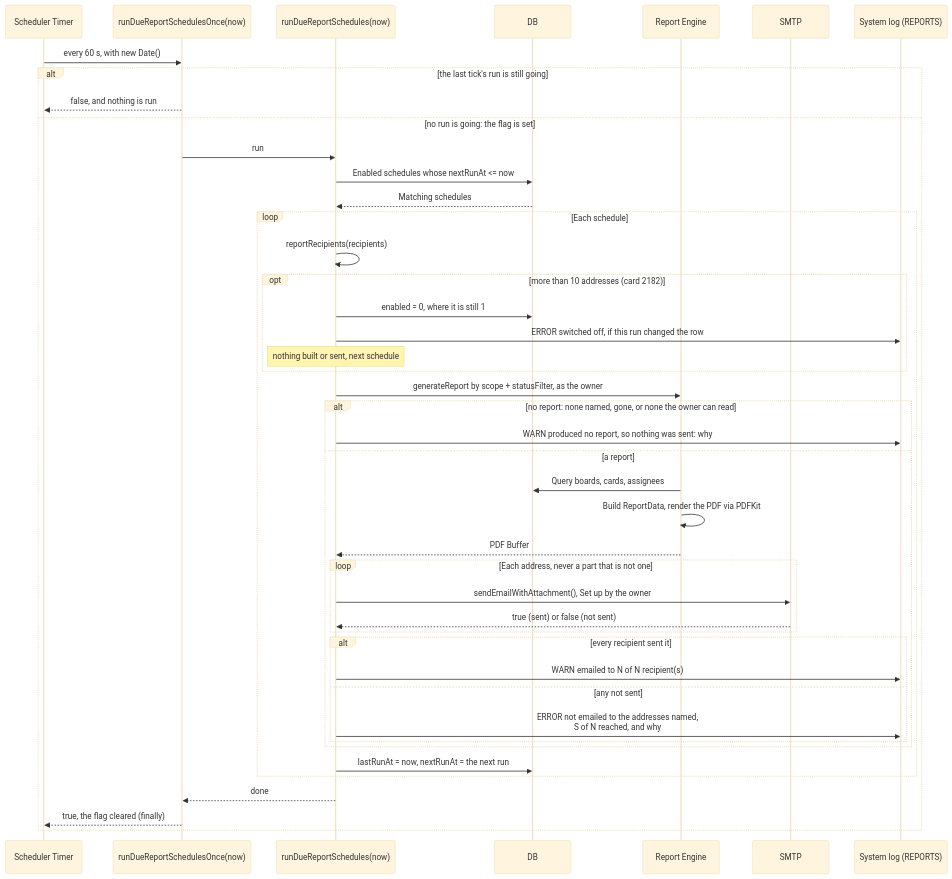
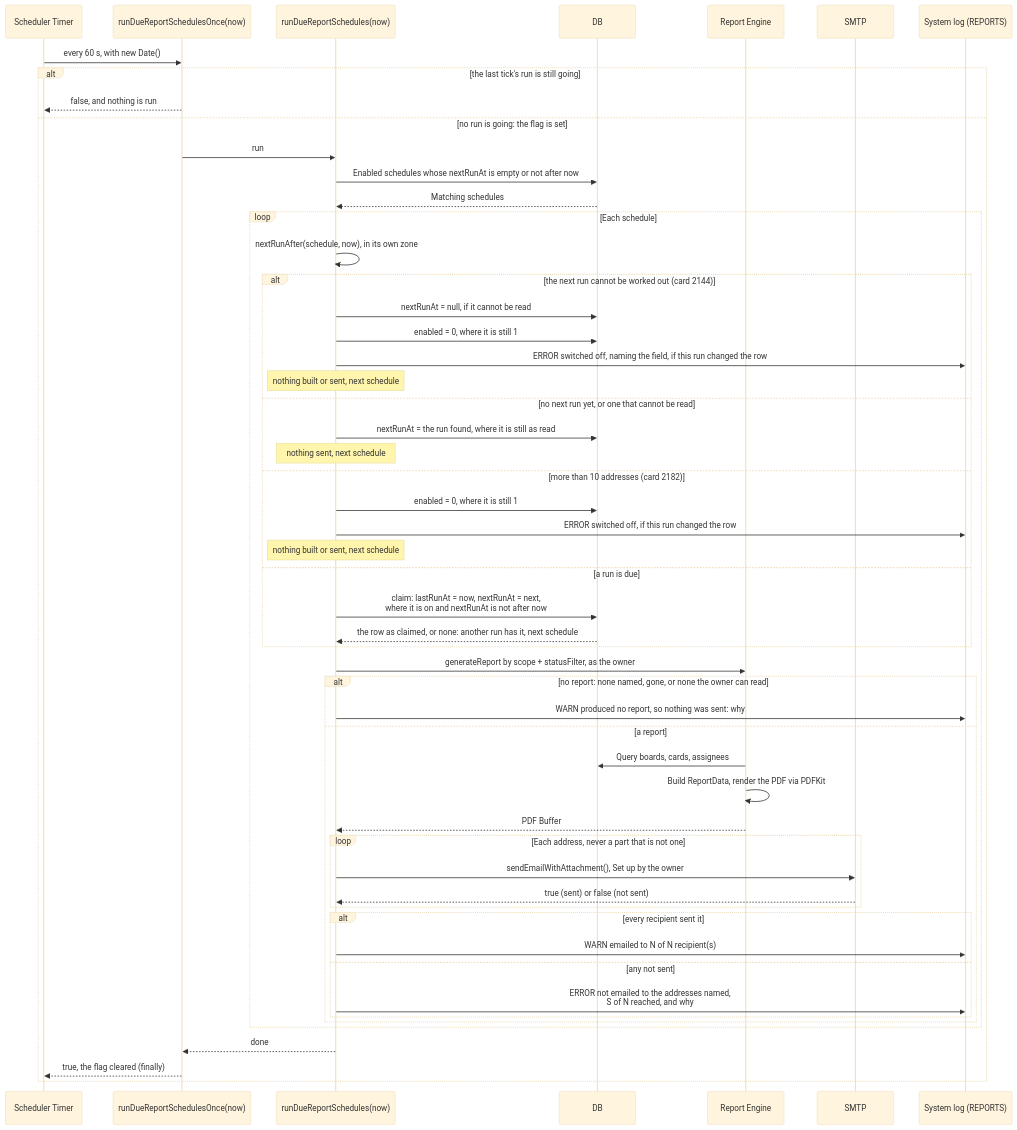
One commit to gitBoon/DumpFire changed the tenth of 10 diagrams in docs/backup-reporting.md. Above: the diagram before and after it, drawn with Mermaid (base theme). The commit also changed other lines of this file and 24 other files, not shown here.

````diff
--- a/docs/backup-reporting.md
+++ b/docs/backup-reporting.md
@@ -623,48 +691,58 @@
 ```mermaid
 sequenceDiagram
     participant Timer as Scheduler Timer
     participant Once as runDueReportSchedulesOnce(now)
     participant Run as runDueReportSchedules(now)
     participant DB
     participant Engine as Report Engine
     participant SMTP
     participant Log as System log (REPORTS)
 
     Timer->>Once: every 60 s, with new Date()
     alt the last tick's run is still going
         Once-->>Timer: false, and nothing is run
     else no run is going: the flag is set
         Once->>Run: run
-        Run->>DB: Enabled schedules whose nextRunAt <= now
+        Run->>DB: Enabled schedules whose nextRunAt is empty or not after now
         DB-->>Run: Matching schedules
 
         loop Each schedule
-            Run->>Run: reportRecipients(recipients)
-            opt more than 10 addresses (card 2182)
+            Run->>Run: nextRunAfter(schedule, now), in its own zone
+            alt the next run cannot be worked out (card 2144)
+                Run->>DB: nextRunAt = null, if it cannot be read
+                Run->>DB: enabled = 0, where it is still 1
+                Run->>Log: ERROR switched off, naming the field, if this run changed the row
+                Note over Run: nothing built or sent, next schedule
+            else no next run yet, or one that cannot be read
+                Run->>DB: nextRunAt = the run found, where it is still as read
+                Note over Run: nothing sent, next schedule
+            else more than 10 addresses (card 2182)
                 Run->>DB: enabled = 0, where it is still 1
                 Run->>Log: ERROR switched off, if this run changed the row
                 Note over Run: nothing built or sent, next schedule
+            else a run is due
+                Run->>DB: claim: lastRunAt = now, nextRunAt = next,<br/>where it is on and nextRunAt is not after now
+                DB-->>Run: the row as claimed, or none: another run has it, next schedule
             end
             Run->>Engine: generateReport by scope + statusFilter, as the owner
             alt no report: none named, gone, or none the owner can read
                 Run->>Log: WARN produced no report, so nothing was sent: why
             else a report
                 Engine->>DB: Query boards, cards, assignees
                 Engine->>Engine: Build ReportData, render the PDF via PDFKit
                 Engine-->>Run: PDF Buffer
                 loop Each address, never a part that is not one
                     Run->>SMTP: sendEmailWithAttachment(), Set up by the owner
                     SMTP-->>Run: true (sent) or false (not sent)
                 end
                 alt every recipient sent it
                     Run->>Log: WARN emailed to N of N recipient(s)
                 else any not sent
                     Run->>Log: ERROR not emailed to the addresses named,<br/>S of N reached, and why
                 end
             end
-            Run->>DB: lastRunAt = now, nextRunAt = the next run
         end
         Run-->>Once: done
         Once-->>Timer: true, the flag cleared (finally)
     end
 ```
````
